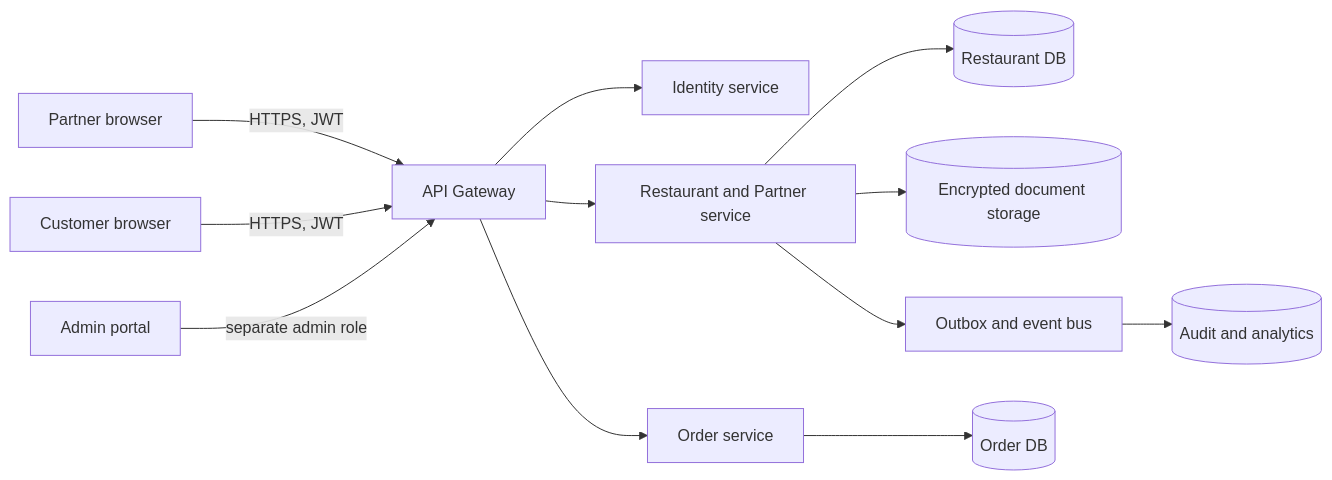
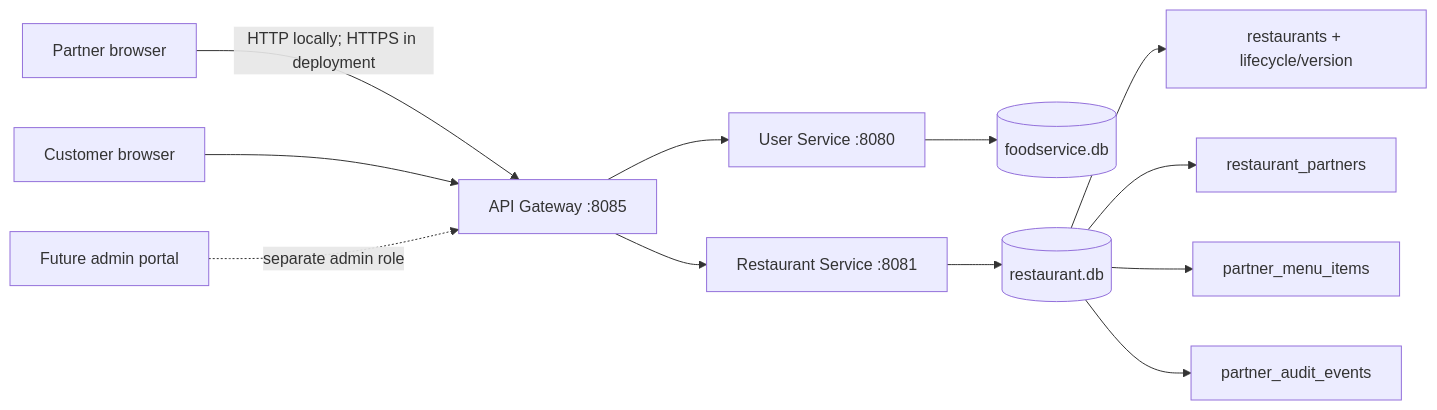
One commit to Pankil-Mevada/FoodService changed the diagram in docs/PARTNER_PORTAL_ARCHITECTURE.md. Above: the diagram before and after it, drawn with Mermaid. The commit also changed other lines of this file and 27 other files, not shown here.

Commit message:
Implement secure restaurant partner backend

```diff
--- a/docs/PARTNER_PORTAL_ARCHITECTURE.md
+++ b/docs/PARTNER_PORTAL_ARCHITECTURE.md
@@ -9,14 +12,14 @@
 ~~~mermaid
 flowchart LR
-  P[Partner browser] -->|HTTPS, JWT| G[API Gateway]
-  C[Customer browser] -->|HTTPS, JWT| G
-  G --> I[Identity service]
-  G --> R[Restaurant and Partner service]
-  G --> O[Order service]
-  R --> RDB[(Restaurant DB)]
-  O --> ODB[(Order DB)]
-  R --> OBJ[(Encrypted document storage)]
-  R --> Q[Outbox and event bus]
-  Q --> A[(Audit and analytics)]
-  ADMIN[Admin portal] -->|separate admin role| G
+  P[Partner browser] -->|HTTP locally; HTTPS in deployment| G[API Gateway :8085]
+  C[Customer browser] --> G
+  G --> I[User Service :8080]
+  G --> R[Restaurant Service :8081]
+  I --> UDB[(foodservice.db)]
+  R --> RDB[(restaurant.db)]
+  RDB --> PROF[restaurants + lifecycle/version]
+  RDB --> MEM[restaurant_partners]
+  RDB --> MENU[partner_menu_items]
+  RDB --> AUDIT[partner_audit_events]
+  ADMIN[Future admin portal] -. separate admin role .-> G
 ~~~
```
